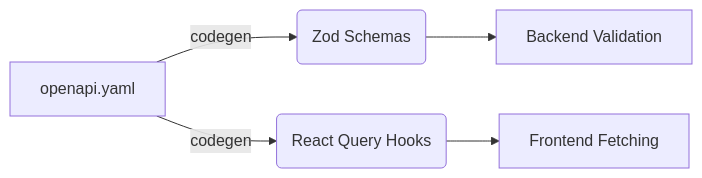
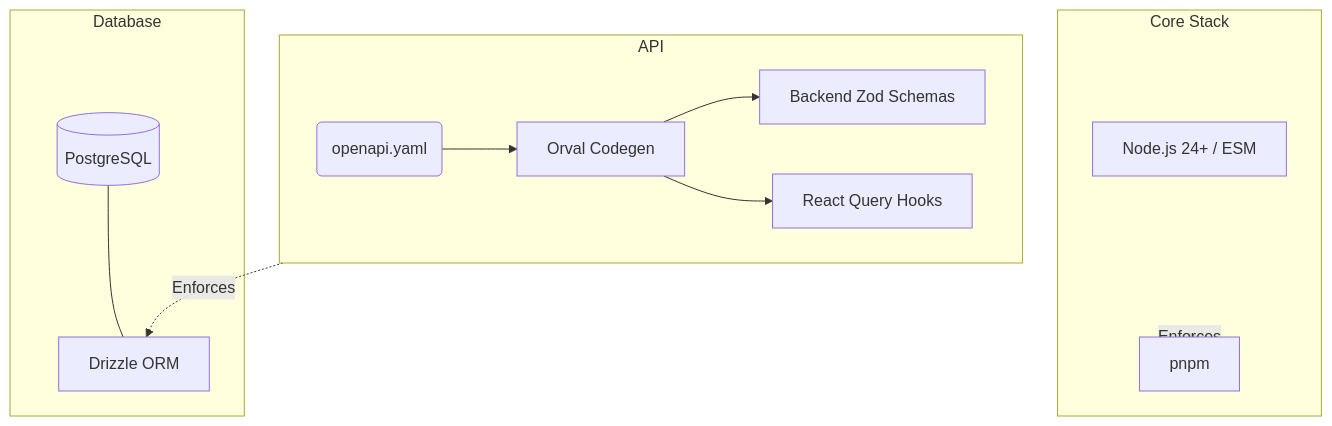
The first of 3 diagrams in docs/gitbook/architecture/constraints.md (dyphn1/Docuvia), drawn with Mermaid before and after one commit. The commit also changed other lines of this file and 113 other files, not shown here.

First line of the commit message:
refactor(docs): reorganize roadmap and arch docs

````diff
--- a/docs/gitbook/architecture/constraints.md
+++ b/docs/gitbook/architecture/constraints.md
@@ -17,7 +9,22 @@
 ```mermaid
-flowchart LR
-    A[openapi.yaml] -->|codegen| B(Zod Schemas)
-    A -->|codegen| C(React Query Hooks)
-    B --> D[Backend Validation]
-    C --> E[Frontend Fetching]
+flowchart TD
+    subgraph CoreStack [Core Stack]
+        Runtime[Node.js 24+ / ESM]
+        Package[pnpm]
+    end
+    subgraph Database
+        DB[(PostgreSQL)]
+        ORM[Drizzle ORM]
+        DB --- ORM
+    end
+    subgraph API
+        Spec(openapi.yaml)
+        Gen[Orval Codegen]
+        Spec --> Gen
+        Gen --> Zod[Backend Zod Schemas]
+        Gen --> Hooks[React Query Hooks]
+    end
+
+    CoreStack -.-> |Enforces| Package
+    API -.-> |Enforces| ORM
 ```
````
